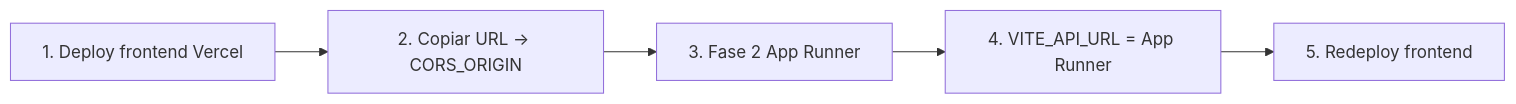
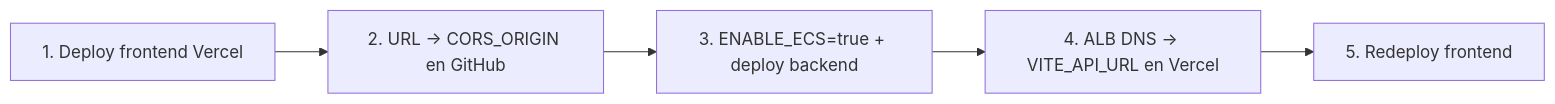
The diagram in docs/FRONTEND_DEPLOY.md (sergiolazer/VISOR_PROTECT_COMERCIAL), drawn with Mermaid before and after one commit. The commit also changed other lines of this file and 4 other files, not shown here.

First line of the commit message:
docs: alinear region sa-east-1 y stack ECS (sin App Runner/Virginia)

````diff
--- a/docs/FRONTEND_DEPLOY.md
+++ b/docs/FRONTEND_DEPLOY.md
@@ -25,7 +27,7 @@
 ```mermaid
 flowchart LR
-  A[1. Deploy frontend Vercel] --> B[2. Copiar URL → CORS_ORIGIN]
-  B --> C[3. Fase 2 App Runner]
-  C --> D[4. VITE_API_URL = App Runner]
+  A[1. Deploy frontend Vercel] --> B[2. URL → CORS_ORIGIN en GitHub]
+  B --> C[3. ENABLE_ECS=true + deploy backend]
+  C --> D[4. ALB DNS → VITE_API_URL en Vercel]
   D --> E[5. Redeploy frontend]
 ```
````
